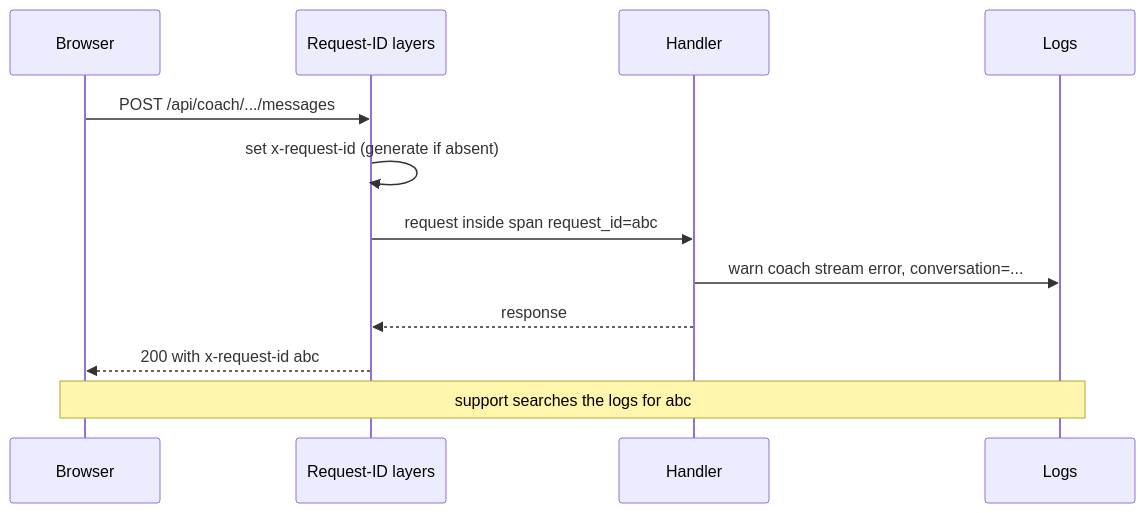
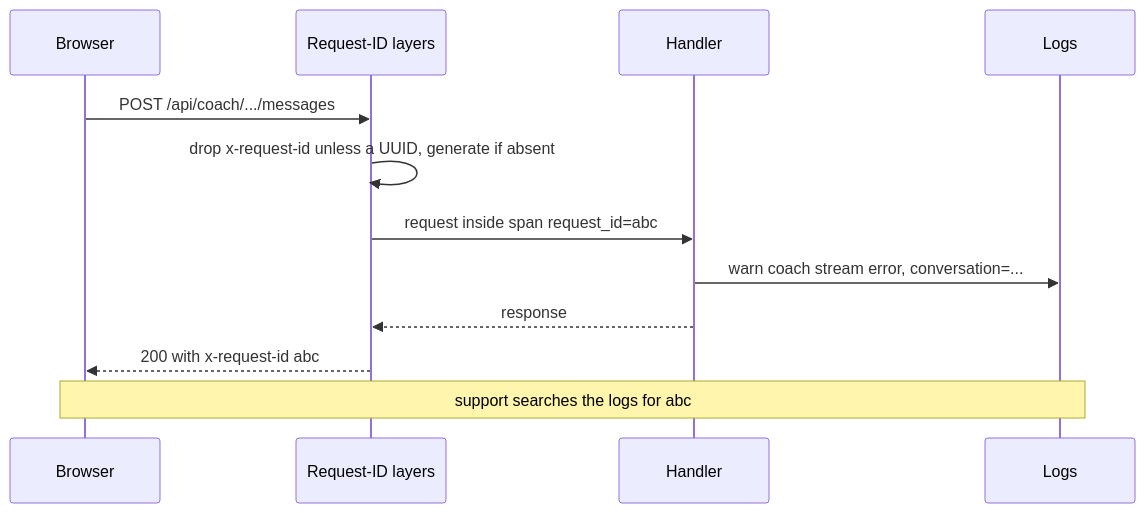
The diagram in content/tracks/13-senior-craft/01-software-craft/07-observability-in-code.md (thull32/ascend), drawn with Mermaid before and after one commit. The commit also changed other lines of this file and 22 other files, not shown here.

````diff
--- a/content/tracks/13-senior-craft/01-software-craft/07-observability-in-code.md
+++ b/content/tracks/13-senior-craft/01-software-craft/07-observability-in-code.md
@@ -82,14 +83,14 @@
 ```mermaid
 sequenceDiagram
   participant B as Browser
   participant M as Request-ID layers
   participant H as Handler
   participant L as Logs
   B->>M: POST /api/coach/.../messages
-  M->>M: set x-request-id (generate if absent)
+  M->>M: drop x-request-id unless a UUID, generate if absent
   M->>H: request inside span request_id=abc
   H->>L: warn coach stream error, conversation=...
   H-->>M: response
   M-->>B: 200 with x-request-id abc
   Note over B,L: support searches the logs for abc
 ```
````
